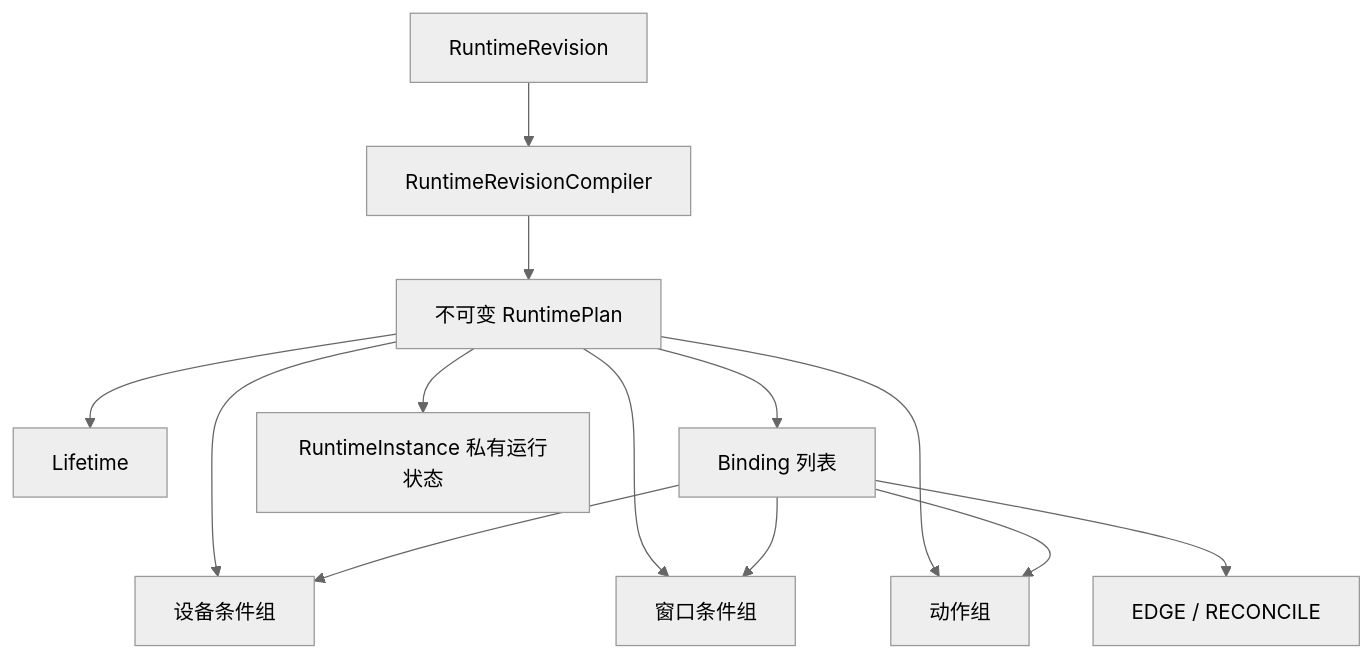
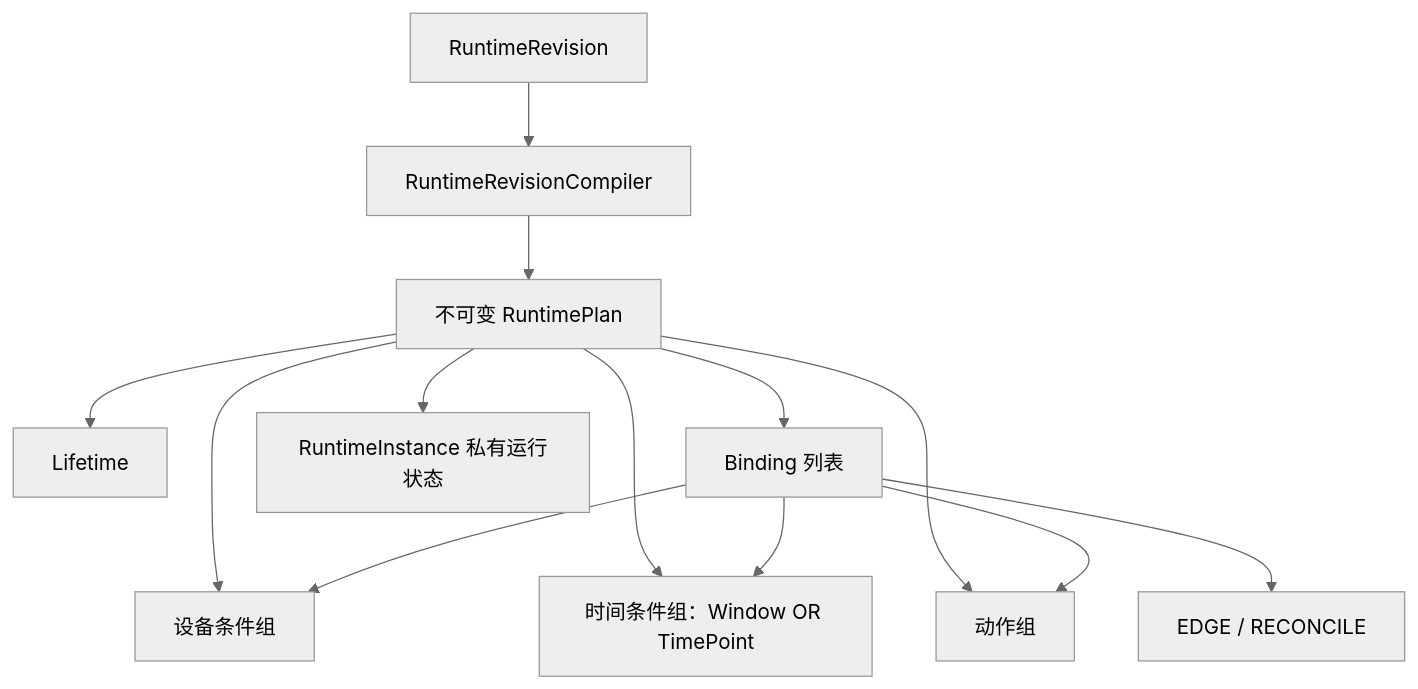
One commit to NeoM-Coding/Labsystem changed the first of 3 diagrams in domains/rule/engine/docs/runtime-v3.md. Above: the diagram before and after it, drawn with Mermaid (neutral theme). The commit also changed other lines of this file and 13 other files, not shown here.

````diff
--- a/domains/rule/engine/docs/runtime-v3.md
+++ b/domains/rule/engine/docs/runtime-v3.md
@@ -8,15 +8,15 @@
 ```mermaid
 flowchart TD
     Revision[RuntimeRevision] --> Compiler[RuntimeRevisionCompiler]
     Compiler --> Plan[不可变 RuntimePlan]
     Plan --> Lifetime[Lifetime]
     Plan --> Devices[设备条件组]
-    Plan --> Windows[窗口条件组]
+    Plan --> Windows[时间条件组：Window OR TimePoint]
     Plan --> Actions[动作组]
     Plan --> Binding[Binding 列表]
     Binding --> Devices
     Binding --> Windows
     Binding --> Actions
     Binding --> Mode[EDGE / RECONCILE]
     Plan --> Instance[RuntimeInstance 私有运行状态]
 ```
````
